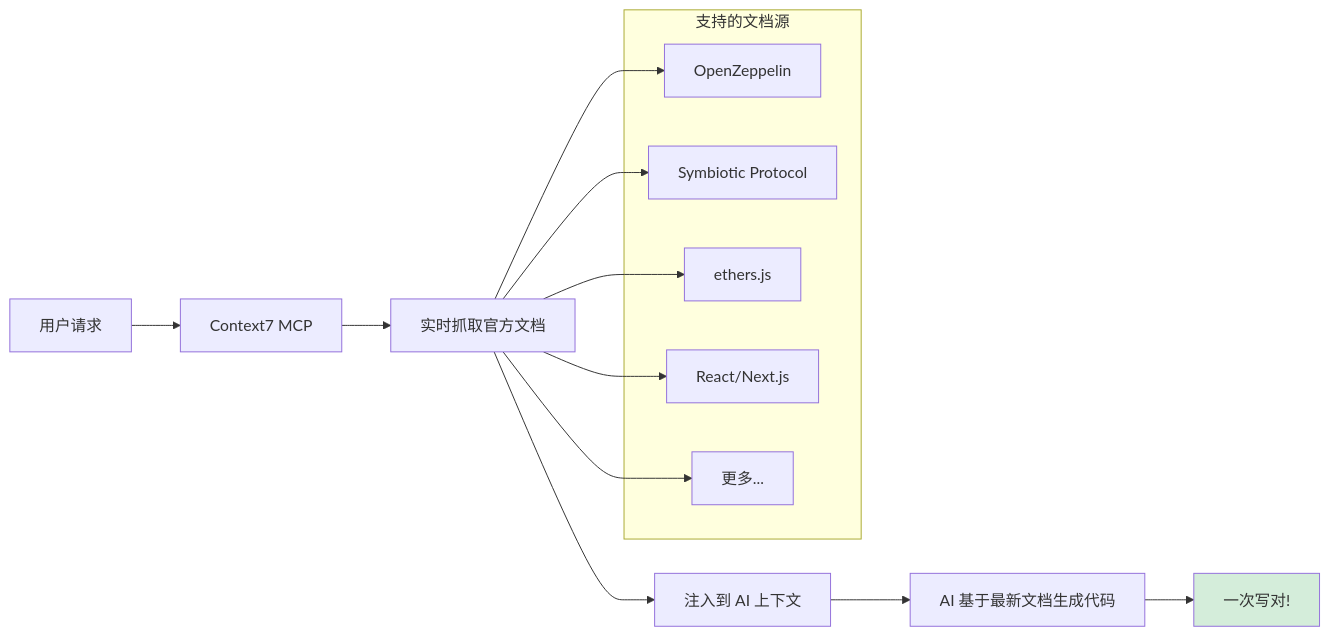
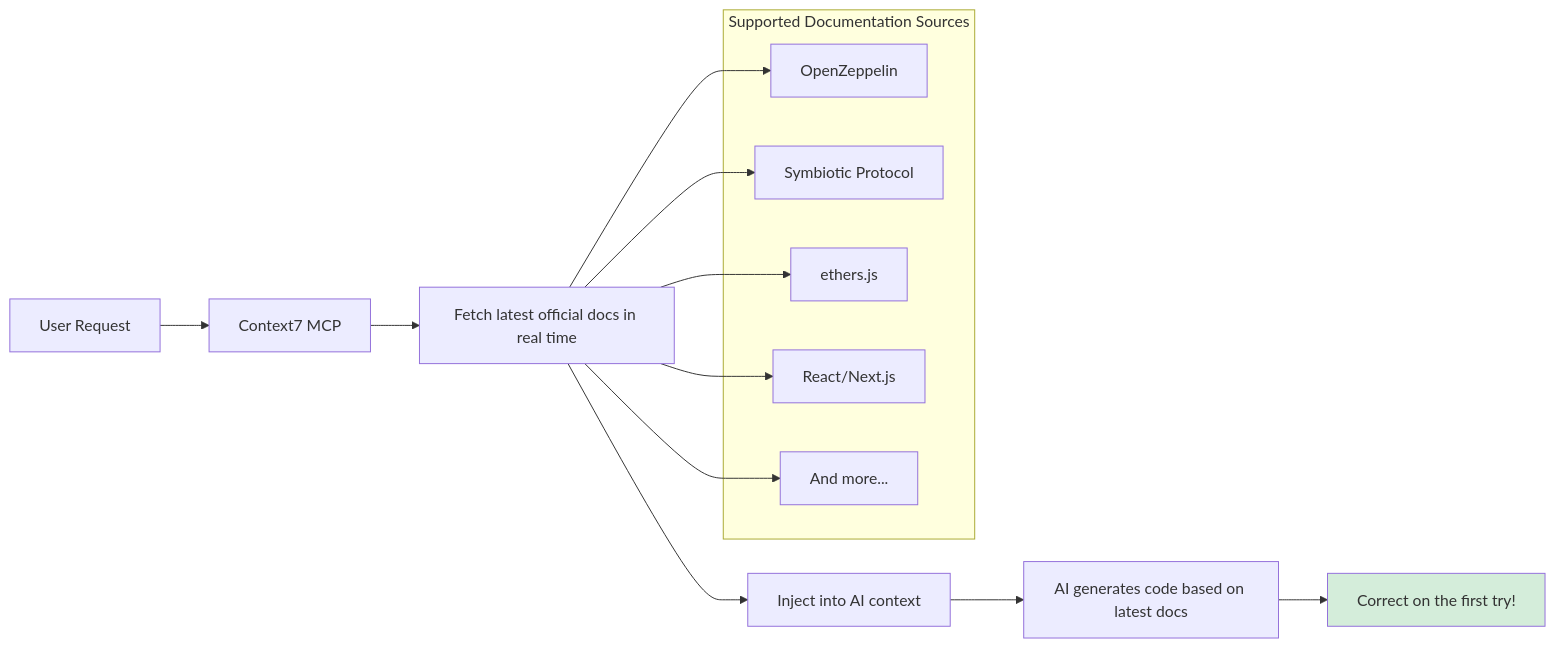
Before and after one commit to woodywang/woodywang.github.io: the second of 4 diagrams in _posts/2025-09-05-claude-code-mcp-recommendations-en.md, drawn with Mermaid. The commit also changed other lines of this file and 5 other files, not shown here.

First line of the commit message:
fix: translate Chinese text in mermaid diagrams across all English posts

````diff
--- a/_posts/2025-09-05-claude-code-mcp-recommendations-en.md
+++ b/_posts/2025-09-05-claude-code-mcp-recommendations-en.md
@@ -45,24 +45,24 @@
 ```mermaid
 graph LR
-    A[用户请求] --> B[Context7 MCP]
-    B --> C[实时抓取官方文档]
-    C --> D[注入到 AI 上下文]
-    D --> E[AI 基于最新文档生成代码]
-    E --> F[一次写对!]
+    A[User Request] --> B[Context7 MCP]
+    B --> C[Fetch latest official docs in real time]
+    C --> D[Inject into AI context]
+    D --> E[AI generates code based on latest docs]
+    E --> F[Correct on the first try!]
 
-    subgraph "支持的文档源"
+    subgraph "Supported Documentation Sources"
         G[OpenZeppelin]
         H[Symbiotic Protocol]
         I[ethers.js]
         J[React/Next.js]
-        K[更多...]
+        K[And more...]
     end
 
     C --> G
     C --> H
     C --> I
     C --> J
     C --> K
 
     style F fill:#d4edda
 ```
````
